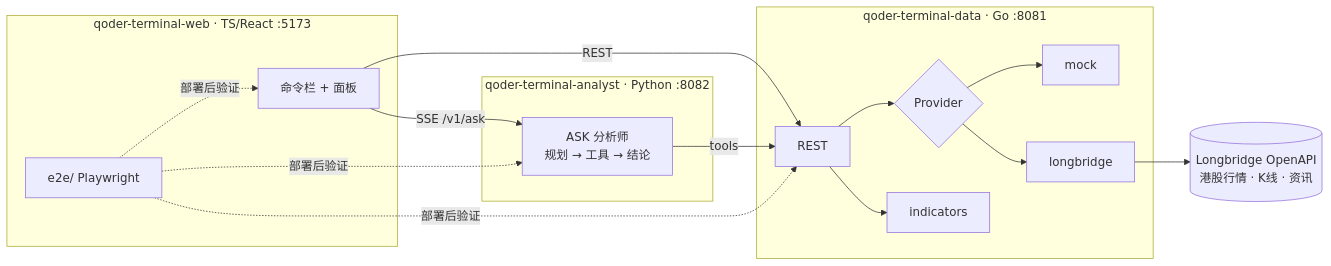
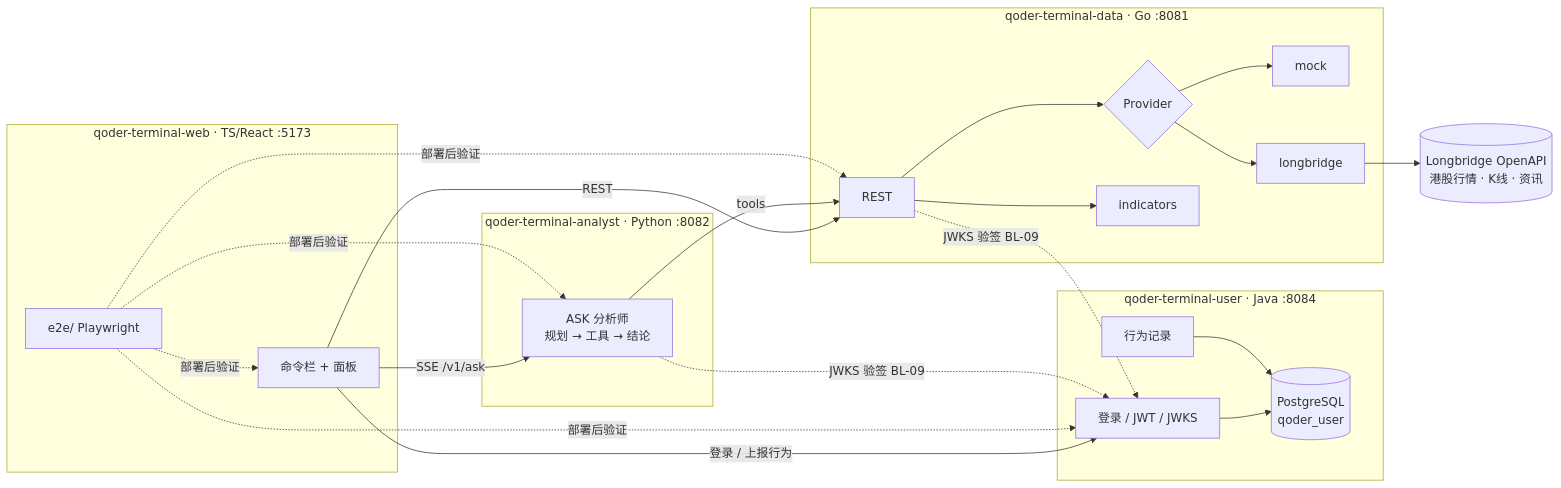
Before and after one commit to qoder-pdsa/qoder-terminal-web: the diagram in docs/architecture.md, drawn with Mermaid. The commit also changed other lines of this file and 10 other files, not shown here.

First line of the commit message:
feat: add user service and PostgreSQL to compose, docs, and backlog

````diff
--- a/docs/architecture.md
+++ b/docs/architecture.md
@@ -3,24 +3,31 @@
 ```mermaid
 flowchart LR
   LB[(Longbridge OpenAPI<br/>港股行情 · K线 · 资讯)]
 
   subgraph web[qoder-terminal-web · TS/React :5173]
     UI[命令栏 + 面板] 
     E2E[e2e/ Playwright]
   end
   subgraph analyst[qoder-terminal-analyst · Python :8082]
     AN[ASK 分析师<br/>规划 → 工具 → 结论]
   end
+  subgraph user[qoder-terminal-user · Java :8084]
+    AUTH[登录 / JWT / JWKS] --> PG[(PostgreSQL<br/>qoder_user)]
+    ACT[行为记录] --> PG
+  end
   subgraph data[qoder-terminal-data · Go :8081]
     API[REST] --> P{Provider}
     P --> MOCK[mock]
     P --> LBP[longbridge]
     API --> IND[indicators]
   end
 
+  UI -- 登录 / 上报行为 --> AUTH
   UI -- REST --> API
   UI -- SSE /v1/ask --> AN
   AN -- tools --> API
   LBP --> LB
-  E2E -. 部署后验证 .-> UI & API & AN
+  E2E -. 部署后验证 .-> UI & API & AN & AUTH
+  API -. JWKS 验签 BL-09 .-> AUTH
+  AN -. JWKS 验签 BL-09 .-> AUTH
 ```
````
